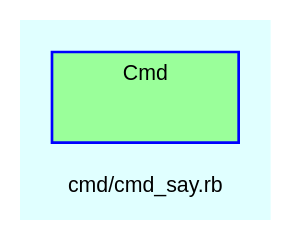
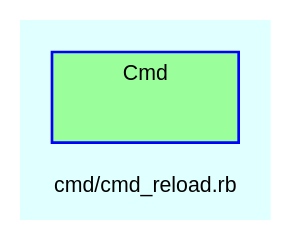
Before and after one commit to Tyche/teensymud: the diagram in doc/dot/f_25.dot, drawn with Graphviz. The commit also changed 127 other files, not shown here.

```diff
--- a/doc/dot/f_25.dot
+++ b/doc/dot/f_25.dot
@@ -1,29 +1,29 @@
 digraph TopLevel {
     compound = true
     bgcolor = lightcyan1
     fontname = Arial
     fontsize = 8
-    label = "cmd/cmd_say.rb"
+    label = "cmd/cmd_reload.rb"
     node [
         fontname = Arial,
         fontsize = 8,
         color = black
     ]
 
     subgraph cluster_Cmd {
         fillcolor = palegreen1
         URL = "classes/Cmd.html"
         fontname = Arial
         color = blue
         label = "Cmd"
         style = filled
         Cmd [
             shape = plaintext,
             height = 0.01,
             width = 0.75,
             label = ""
         ]
 
     }
 
 }
```
